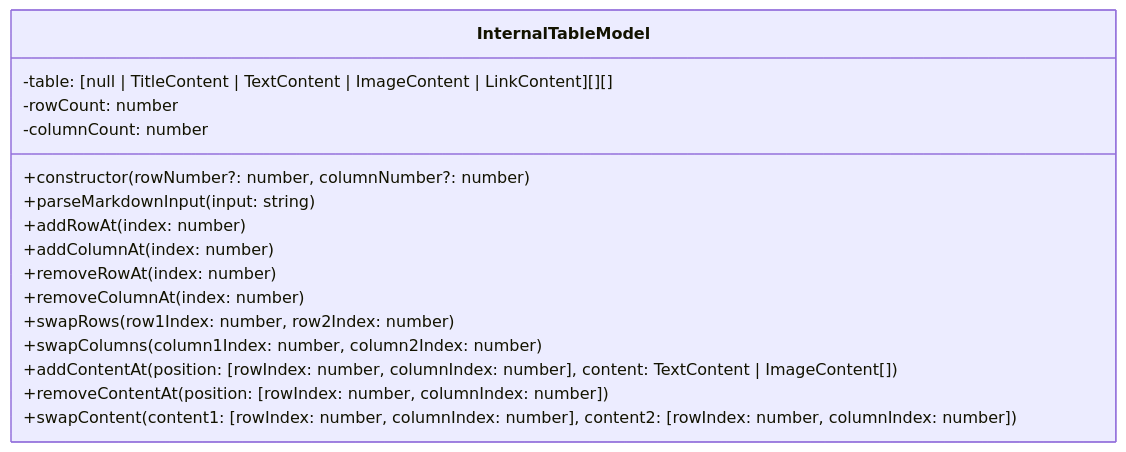
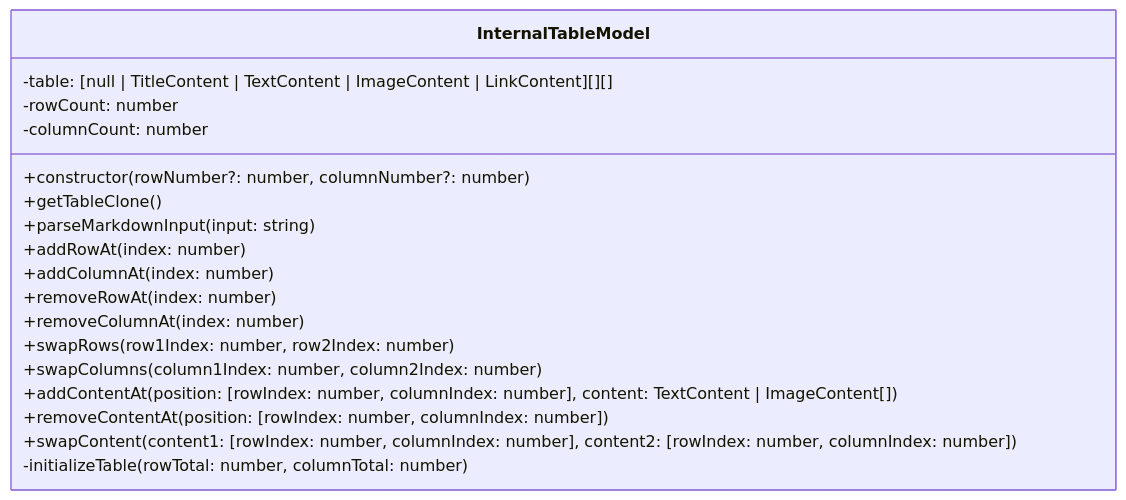
The second of 3 diagrams in documentation/documentation.md (lcov29/markdown-table-generator), drawn with Mermaid before and after one commit.

Commit message:
add methods tho class diagram

````diff
--- a/documentation/documentation.md
+++ b/documentation/documentation.md
@@ -77,22 +77,24 @@
 ```mermaid
 
 classDiagram
     class InternalTableModel {
         -table: [null | TitleContent | TextContent | ImageContent | LinkContent][][]
         -rowCount: number
         -columnCount: number
 
         +constructor(rowNumber?: number, columnNumber?: number)
+        +getTableClone()
         +parseMarkdownInput(input: string)
         +addRowAt(index: number)
         +addColumnAt(index: number)
         +removeRowAt(index: number)
         +removeColumnAt(index: number)
         +swapRows(row1Index: number, row2Index: number)
         +swapColumns(column1Index: number, column2Index: number)
         +addContentAt(position: [rowIndex: number, columnIndex: number], content: TextContent | ImageContent[])
         +removeContentAt(position: [rowIndex: number, columnIndex: number])
         +swapContent(content1: [rowIndex: number, columnIndex: number], content2: [rowIndex: number, columnIndex: number])
+        -initializeTable(rowTotal: number, columnTotal: number)
     }
 
 ```
````
